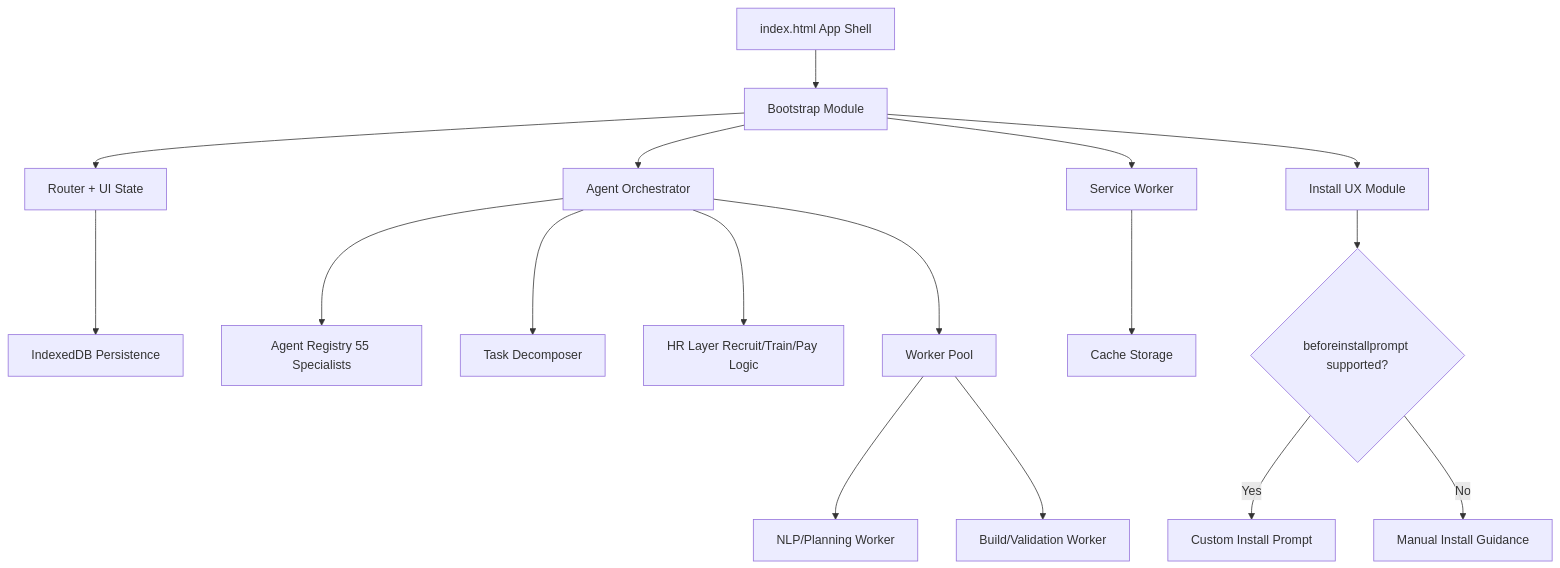
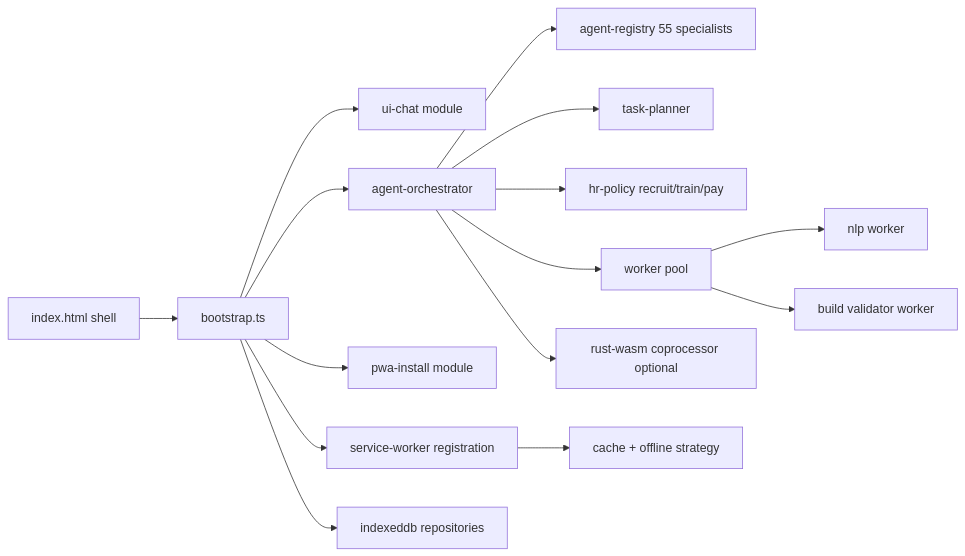
Before and after one commit to derricka20/Qhy-Projects: the diagram in research/qhysync-pwa-language-whitepaper.md, drawn with Mermaid. The commit also changed other lines of this file, not shown here.

````diff
--- a/research/qhysync-pwa-language-whitepaper.md
+++ b/research/qhysync-pwa-language-whitepaper.md
@@ -155,19 +204,17 @@
 ```mermaid
-flowchart TD
-    A[index.html App Shell] --> B[Bootstrap Module]
-    B --> C[Router + UI State]
-    B --> D[Agent Orchestrator]
-    D --> E[Agent Registry 55 Specialists]
-    D --> F[Task Decomposer]
-    D --> G[HR Layer Recruit/Train/Pay Logic]
-    C --> H[IndexedDB Persistence]
-    B --> I[Service Worker]
-    I --> J[Cache Storage]
-    B --> K[Install UX Module]
-    K --> L{beforeinstallprompt supported?}
-    L -->|Yes| M[Custom Install Prompt]
-    L -->|No| N[Manual Install Guidance]
-    D --> O[Worker Pool]
-    O --> P[NLP/Planning Worker]
-    O --> Q[Build/Validation Worker]
+flowchart LR
+    A[index.html shell] --> B[bootstrap.ts]
+    B --> C[ui-chat module]
+    B --> D[agent-orchestrator]
+    D --> E[agent-registry 55 specialists]
+    D --> F[task-planner]
+    D --> G[hr-policy recruit/train/pay]
+    B --> H[pwa-install module]
+    B --> I[service-worker registration]
+    I --> J[cache + offline strategy]
+    B --> K[indexeddb repositories]
+    D --> L[worker pool]
+    L --> M[nlp worker]
+    L --> N[build validator worker]
+    D --> O[rust-wasm coprocessor optional]
 ```
````
